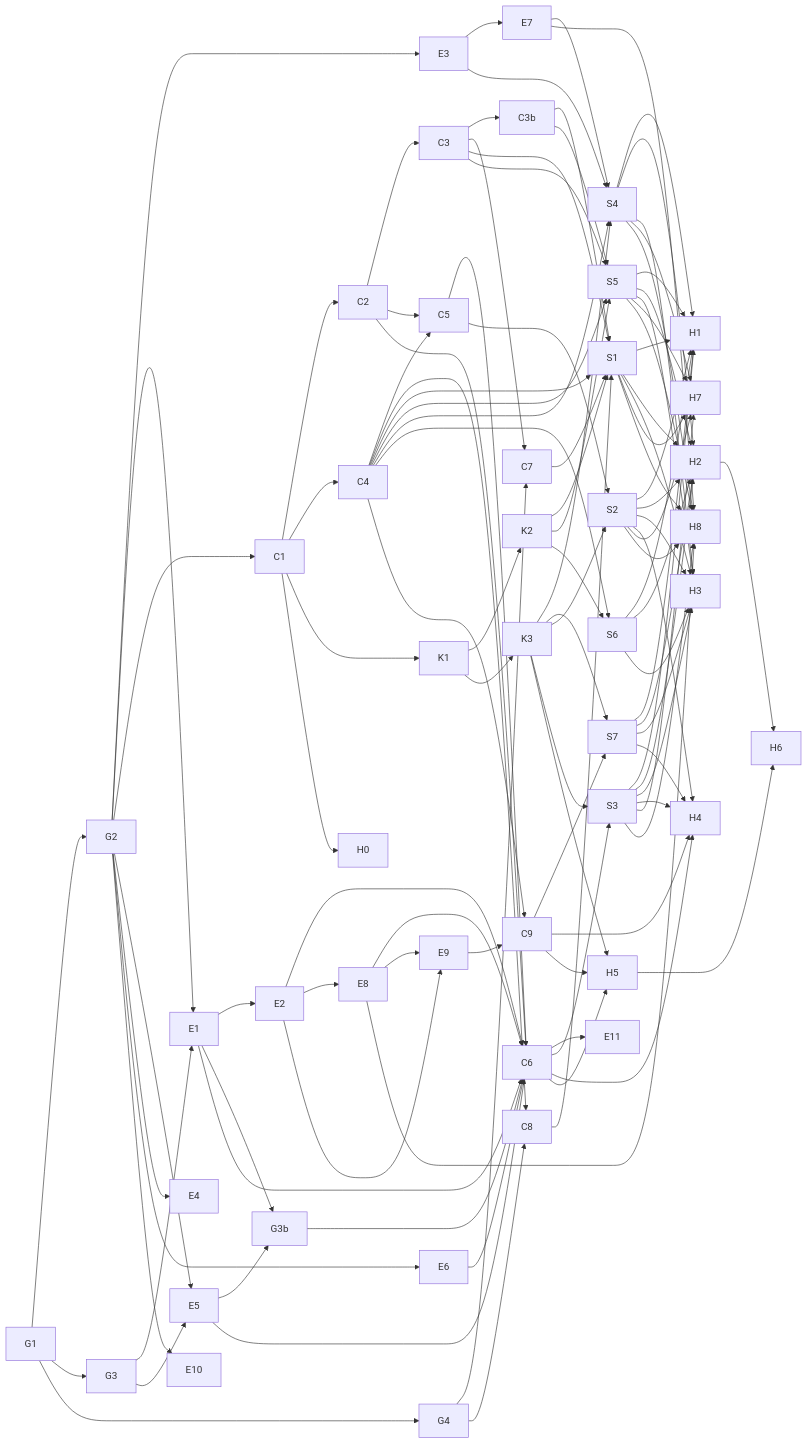
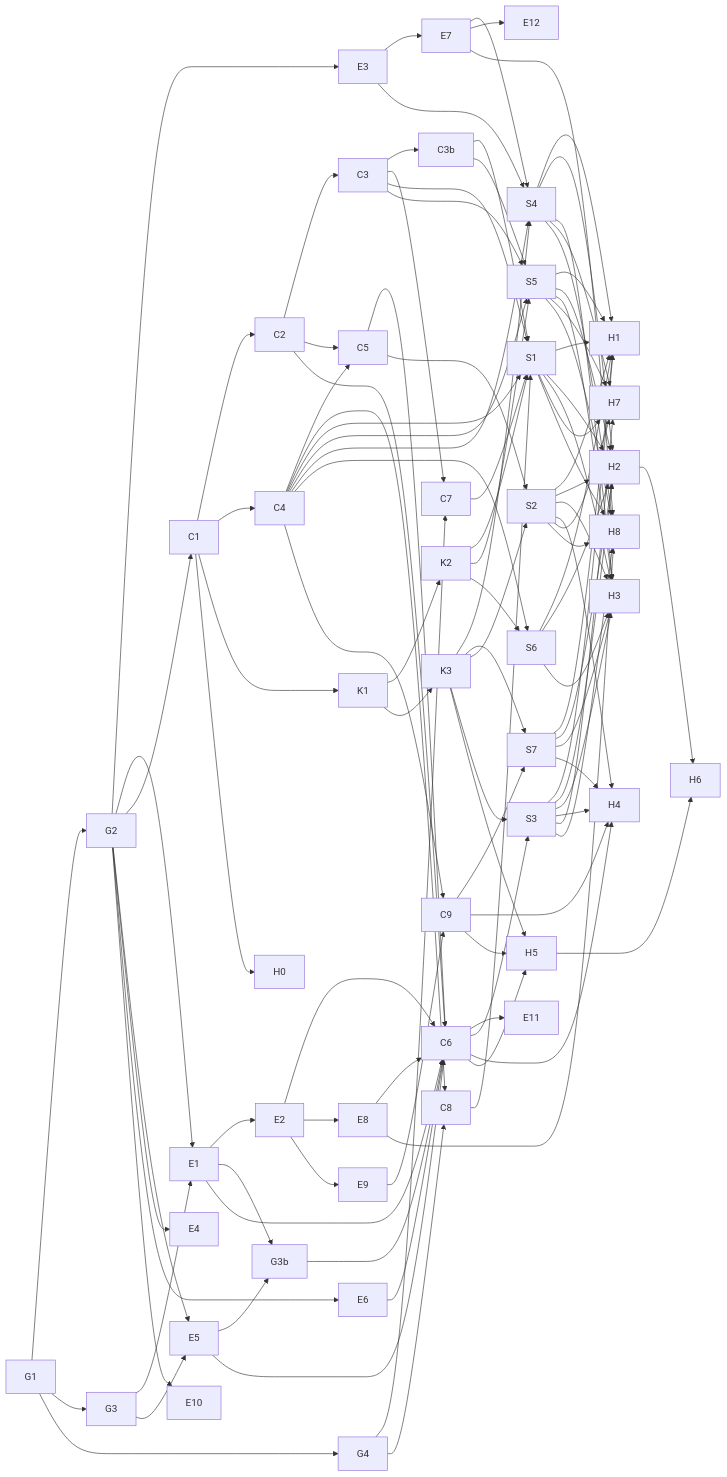
Before and after one commit to thisizmsk-png/vajra: the diagram in docs/desktop/spec/tasks.md, drawn with Mermaid. The commit also changed other lines of this file and 2 other files, not shown here.

````diff
--- a/docs/desktop/spec/tasks.md
+++ b/docs/desktop/spec/tasks.md
@@ -128,36 +129,37 @@
 ```mermaid
 graph LR
   G1 --> G2 --> E3 & E1 & C1
   G1 --> G3 --> E1 --> E2
   G2 & G3 --> E5
   E1 & E5 --> G3b --> C6
   C1 --> C2 & C4 & K1
   C2 --> C3 --> C3b
   C2 & C4 --> C5
   C2 & C5 & E1 & E2 & E5 & E6 --> C6
   G1 --> G4
   C3 & G4 --> C7
   C4 & G4 --> C8
   C7 & C8 --> S1
   G2 --> E4 & E6
   E3 --> E7 --> S4
   E2 --> E8 --> C6
   C1 --> H0
   K1 --> K2 & K3
   C3 & C3b & C4 & K2 --> S1 & S5
   C4 & E3 & K3 --> S4
   C4 & K2 --> S6
-  E2 & E8 --> E9
+  E2 --> E9
   G2 --> E10
   C6 --> E11
+  E7 --> E12
   C4 & E9 --> C9
   C9 & K3 --> S7
   C5 & K3 --> S2
   C6 & K3 --> S3
   S1 & S2 & S3 & S4 & S5 & S6 & S7 --> H1 & H2 & H3
   C6 & C9 & S2 & S3 & S7 --> H4
   K3 & C6 & C9 --> H5
   H2 & H5 --> H6
   S1 & S2 & S3 & S4 & S5 --> H7 & H8
   E7 & E8 --> H8
 ```
````
